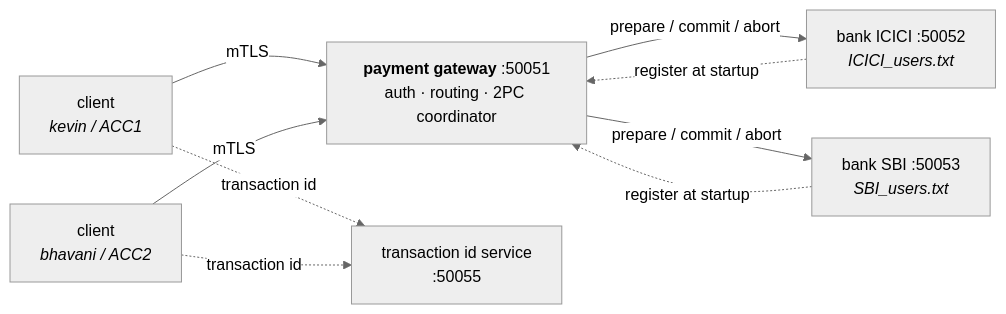
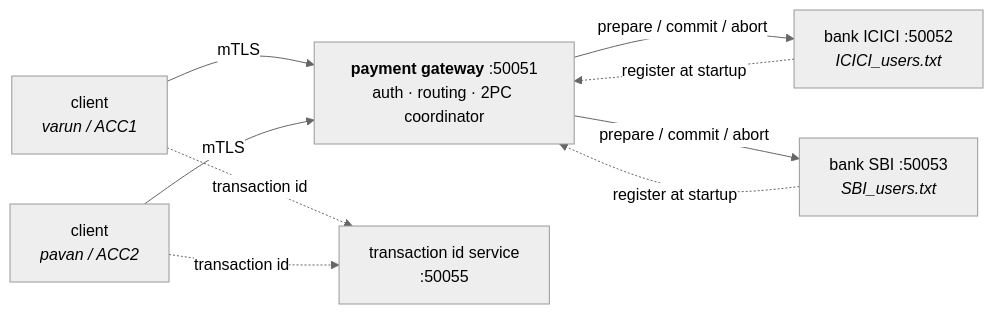
The diagram in README.md (tusharpanthri/paxos-2pc-payments), drawn with Mermaid (neutral theme) before and after one commit. The commit also changed other lines of this file and 26 other files, not shown here.

````diff
--- a/README.md
+++ b/README.md
@@ -10,15 +10,15 @@
 ```mermaid
 flowchart LR
-    C1["client<br/><i>kevin / ACC1</i>"] -- mTLS --> GW
-    C2["client<br/><i>bhavani / ACC2</i>"] -- mTLS --> GW
+    C1["client<br/><i>varun / ACC1</i>"] -- mTLS --> GW
+    C2["client<br/><i>pavan / ACC2</i>"] -- mTLS --> GW
     C1 -. "transaction id" .-> TID["transaction id service<br/>:50055"]
     C2 -. "transaction id" .-> TID
 
     GW["<b>payment gateway</b> :50051<br/>auth · routing · 2PC coordinator"]
 
     GW -- "prepare / commit / abort" --> B1["bank ICICI :50052<br/><i>ICICI_users.txt</i>"]
     GW -- "prepare / commit / abort" --> B2["bank SBI :50053<br/><i>SBI_users.txt</i>"]
 
     B1 -. "register at startup" .-> GW
     B2 -. "register at startup" .-> GW
 ```
````
